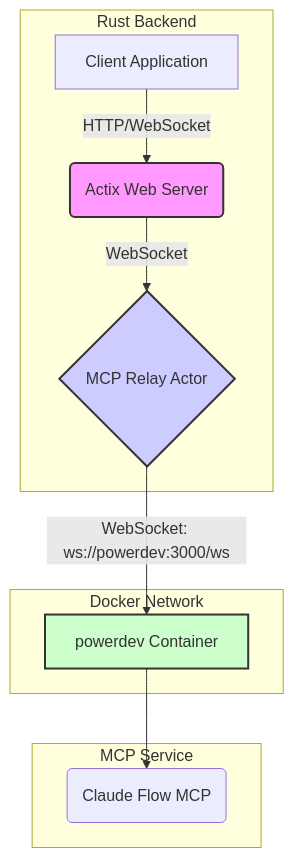
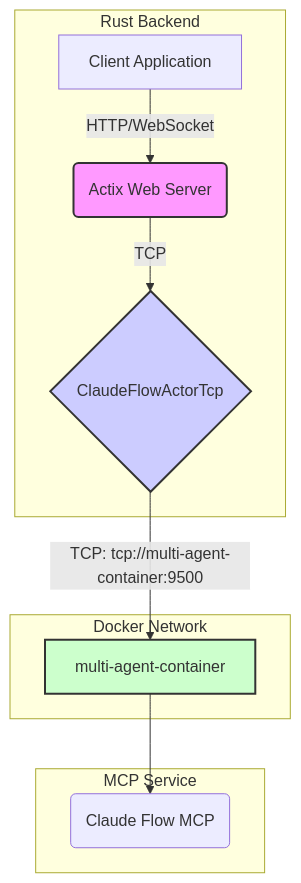
One commit to DreamLab-AI/VisionFlow changed the diagram in docs/architecture/mcp_connection.md. Above: the diagram before and after it, drawn with Mermaid. The commit also changed other lines of this file and 66 other files, not shown here.

````diff
--- a/docs/architecture/mcp_connection.md
+++ b/docs/architecture/mcp_connection.md
@@ -20,19 +20,19 @@
 ```mermaid
 graph TD
     subgraph "Rust Backend"
         A[Client Application] -->|HTTP/WebSocket| B(Actix Web Server)
-        B -->|WebSocket| C{MCP Relay Actor}
+        B -->|TCP| C{ClaudeFlowActorTcp}
     end
 
     subgraph "Docker Network"
-        C -->|WebSocket: ws://powerdev:3000/ws| D[powerdev Container]
+        C -->|TCP: tcp://multi-agent-container:9500| D[multi-agent-container]
     end
 
     subgraph "MCP Service"
         D --> E(Claude Flow MCP)
     end
 
     style B fill:#f9f,stroke:#333,stroke-width:2px
     style C fill:#ccf,stroke:#333,stroke-width:2px
     style D fill:#cfc,stroke:#333,stroke-width:2px
 ```
````
